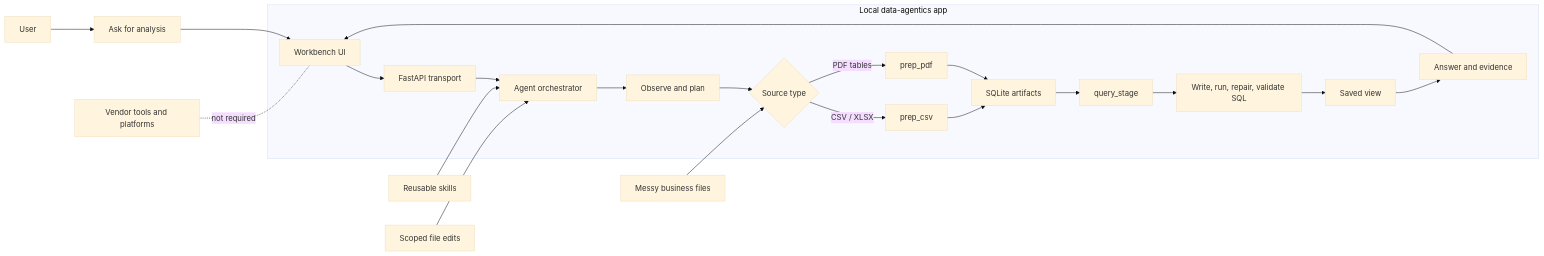
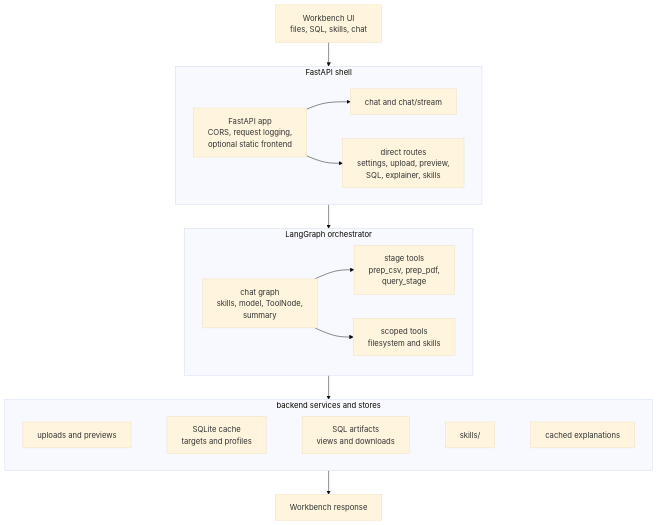
Before and after one commit to teron131/tabuflow: the first of 5 diagrams in README.md, drawn with Mermaid (base theme). The commit also changed other lines of this file, not shown here.

````diff
--- a/README.md
+++ b/README.md
@@ -16,30 +16,36 @@
 ```mermaid
-flowchart LR
+flowchart TB
     accTitle: data-agentics architecture
-    accDescr: Shows how a user asks for analysis, the agent prepares messy files into SQL artifacts, and the workbench returns inspectable results without direct vendor-platform usage.
+    accDescr: Shows the browser workbench, FastAPI shell, direct backend routes, chat orchestrator, stage tools, scoped filesystem tools, skills, and persisted artifacts.
 
-    User["User"] --> Ask["Ask for analysis"]
-    Ask --> Workbench["Workbench UI"]
+    Workbench["Workbench UI<br/>files, SQL, skills, chat"] --> ApiLayer
+    ApiLayer --> Orchestrator
+    Orchestrator --> Stores
+    Stores --> Response["Workbench response"]
 
-    subgraph App["Local data-agentics app"]
-        Workbench --> API["FastAPI transport"]
-        API --> Orchestrator["Agent orchestrator"]
-        Orchestrator --> ObservePlan["Observe and plan"]
-        ObservePlan --> Prep{"Source type"}
-        Prep -->|"CSV / XLSX"| PrepCsv["prep_csv"]
-        Prep -->|"PDF tables"| PrepPdf["prep_pdf"]
-        PrepCsv --> SQLStore["SQLite artifacts"]
-        PrepPdf --> SQLStore
-        SQLStore --> QueryStage["query_stage"]
-        QueryStage --> SQLLoop["Write, run, repair, validate SQL"]
-        SQLLoop --> SavedView["Saved view"]
-        SavedView --> Answer["Answer and evidence"]
+    subgraph ApiLayer["FastAPI shell"]
+        direction LR
+        Api["FastAPI app<br/>CORS, request logging,<br/>optional static frontend"]
+        ChatRoutes["chat and chat/stream"]
+        DirectRoutes["direct routes<br/>settings, upload, preview,<br/>SQL, explainer, skills"]
+        Api --> ChatRoutes
+        Api --> DirectRoutes
     end
 
-    Sources["Messy business files"] --> Prep
-    Skills["Reusable skills"] --> Orchestrator
-    ScopedFiles["Scoped file edits"] --> Orchestrator
-    Answer --> Workbench
+    subgraph Orchestrator["LangGraph orchestrator"]
+        direction LR
+        ChatGraph["chat graph<br/>skills, model, ToolNode,<br/>summary"]
+        StageTools["stage tools<br/>prep_csv, prep_pdf,<br/>query_stage"]
+        ScopedTools["scoped tools<br/>filesystem and skills"]
+        ChatGraph --> StageTools
+        ChatGraph --> ScopedTools
+    end
 
-    VendorTools["Vendor tools and platforms"] -. "not required" .- Workbench
+    subgraph Stores["backend services and stores"]
+        direction LR
+        SourceStore["uploads and previews"] ~~~ PreparedStore["SQLite cache<br/>targets and profiles"]
+        PreparedStore ~~~ SqlStore["SQL artifacts<br/>views and downloads"]
+        SqlStore ~~~ SkillsStore["skills/"]
+        SkillsStore ~~~ ExplanationStore["cached explanations"]
+    end
 ```
````
